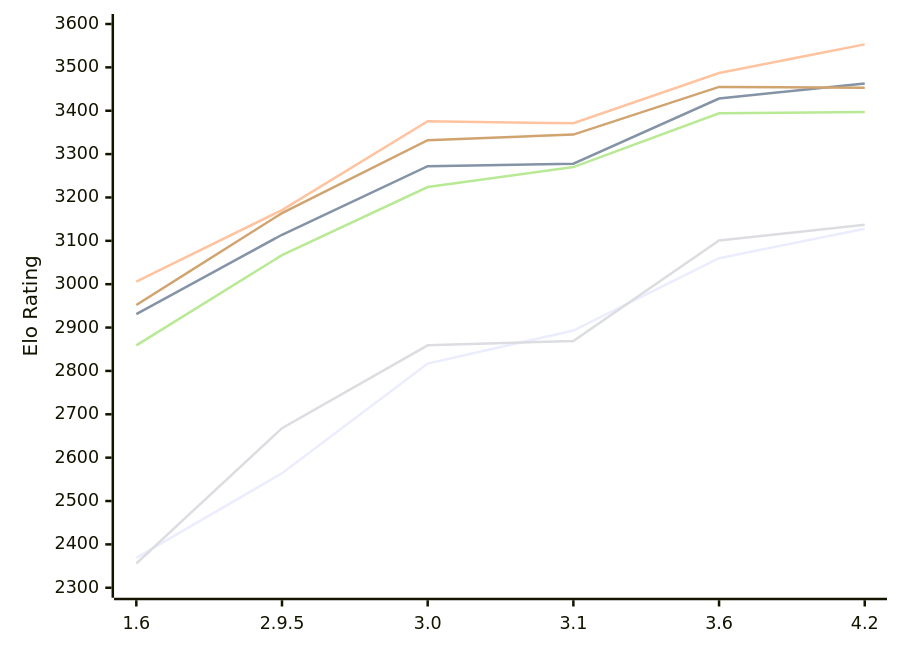
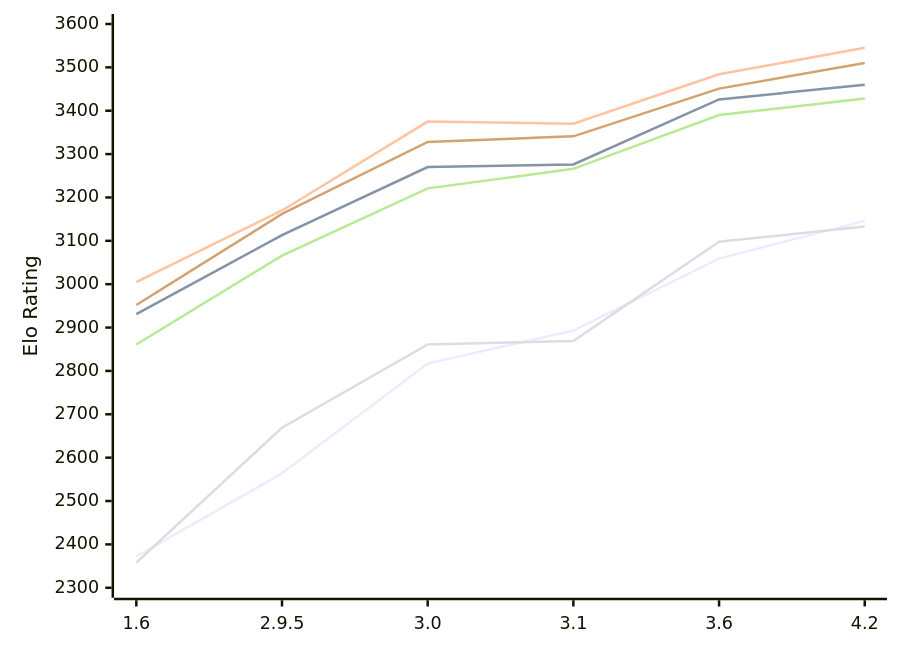
Before and after one commit to computer-chess-index/cci: the diagram in engines/Chessenger.md, drawn with Mermaid. The commit also changed other lines of this file, not shown here.

Commit message:
Update CCI Ratings (ELO VLTC) - 2026-11-19

````diff
--- a/engines/Chessenger.md
+++ b/engines/Chessenger.md
@@ -57,12 +57,12 @@
 ```mermaid
 %%{init: {"theme":"base","themeVariables":{"seriesColors:['#a3a3a3','#222221','#faa371']}}}%%
 xychart-beta
   x-axis ["1.6", "2.9.5", "3.0", "3.1", "3.6", "4.2"]
   y-axis "Elo Rating" 2300 --> 3600
-  line "E1: STC (8.0+0.08s)" [2369, 2564, 2817, 2893, 3060, 3128]
-  line "E1: LTC (60.0+0.60s)" [2931, 3114, 3272, 3278, 3428, 3463]
-  line "E1: VLTC (2m24s+1.12s)" [3006, 3171, 3376, 3371, 3487, 3553]
-  line "P1: STC (8.0+0.08s)" [2356, 2668, 2859, 2869, 3101, 3137]
-  line "P1: LTC (60.0+0.60s)" [2859, 3067, 3224, 3270, 3394, 3397]
-  line "P1: VLTC (2m24s+1.12s)" [2952, 3164, 3332, 3345, 3455, 3453]
+  line "E1: STC (8.0+0.08s)" [2372, 2564, 2817, 2893, 3059, 3146]
+  line "E1: LTC (60.0+0.60s)" [2931, 3113, 3270, 3276, 3426, 3460]
+  line "E1: VLTC (2m24s+1.12s)" [3005, 3170, 3375, 3370, 3484, 3545]
+  line "P1: STC (8.0+0.08s)" [2358, 2669, 2861, 2869, 3098, 3133]
+  line "P1: LTC (60.0+0.60s)" [2861, 3066, 3221, 3266, 3390, 3428]
+  line "P1: VLTC (2m24s+1.12s)" [2952, 3162, 3328, 3341, 3451, 3510]
 ```
````
